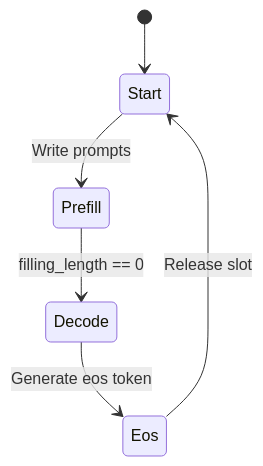
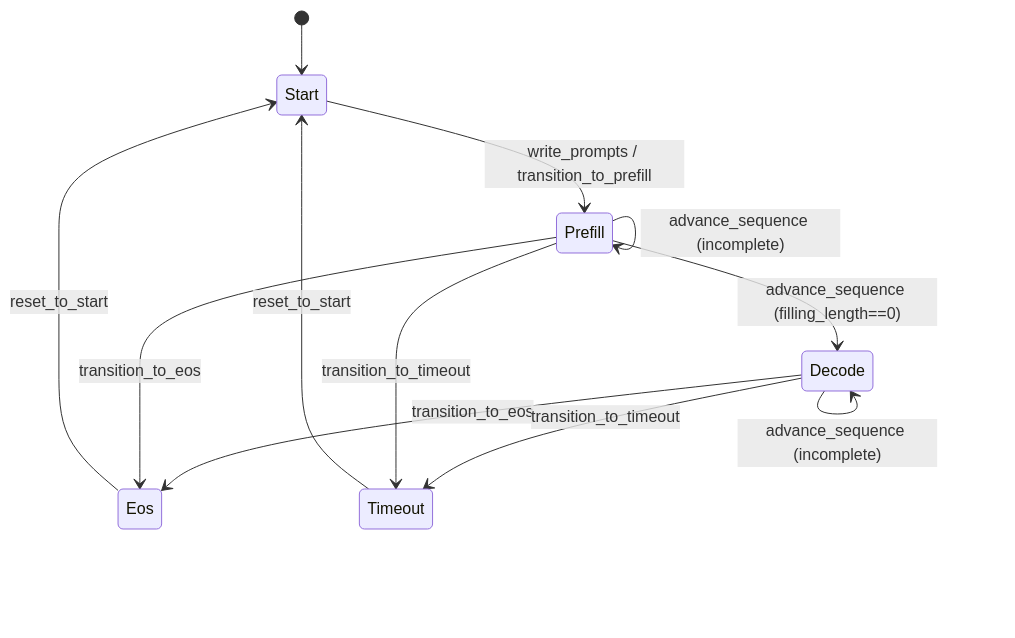
The fourth of 4 diagrams in docs/design/runtime/overview.md (lucienhuangfu/eLLM), drawn with Mermaid before and after one commit. The commit also changed other lines of this file and 2 other files, not shown here.

First line of the commit message:
Revise runtime docs: cache, scheduler, slot manager

````diff
--- a/docs/design/runtime/overview.md
+++ b/docs/design/runtime/overview.md
@@ -162,8 +209,14 @@
 ```mermaid
 stateDiagram-v2
     [*] --> Start
-    Start --> Prefill: Write prompts
-    Prefill --> Decode: filling_length == 0
-    Decode --> Eos: Generate eos token
-    Eos --> Start: Release slot
+    Start --> Prefill: write_prompts / transition_to_prefill
+    Prefill --> Prefill: advance_sequence (incomplete)
+    Prefill --> Decode: advance_sequence (filling_length==0)
+    Decode --> Decode: advance_sequence (incomplete)
+    Decode --> Eos: transition_to_eos
+    Decode --> Timeout: transition_to_timeout
+    Prefill --> Eos: transition_to_eos
+    Prefill --> Timeout: transition_to_timeout
+    Eos --> Start: reset_to_start
+    Timeout --> Start: reset_to_start
 ```
````
